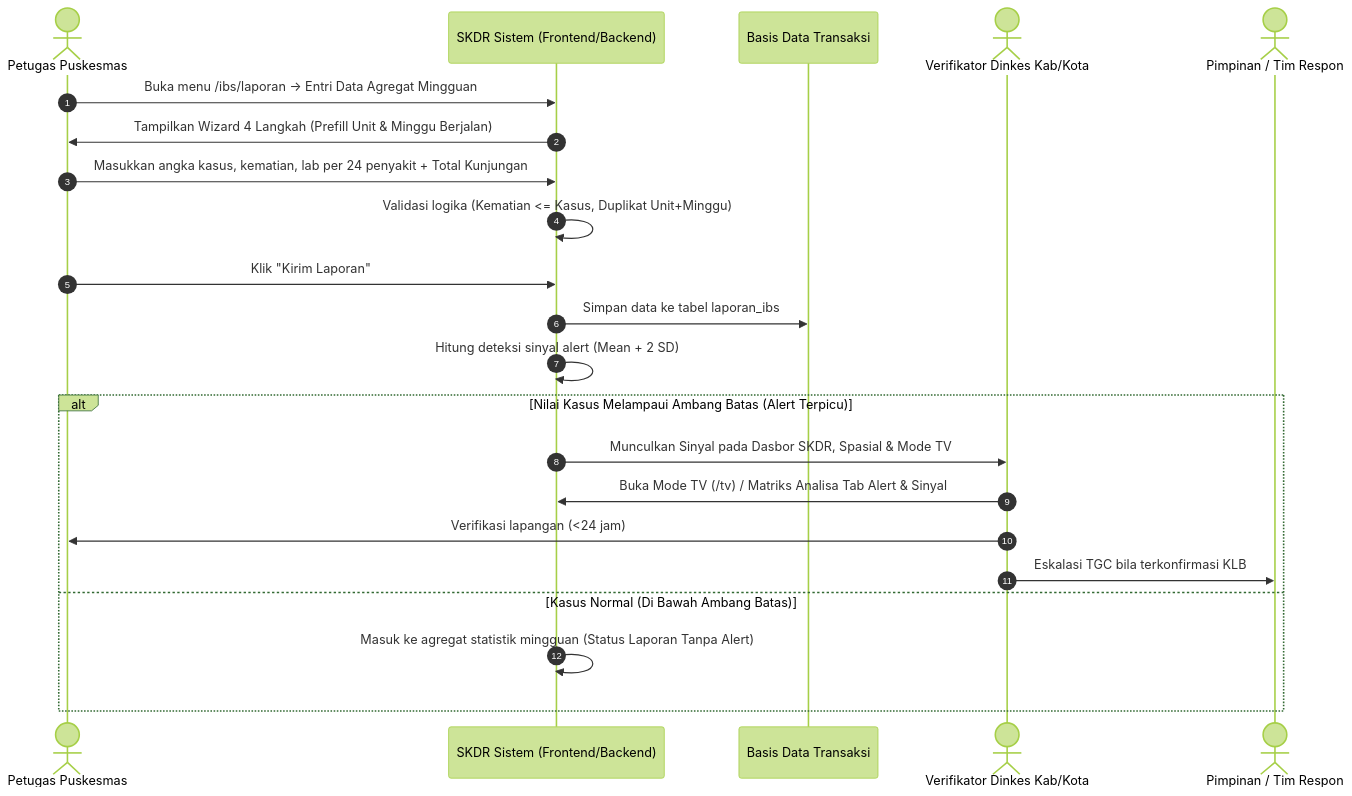
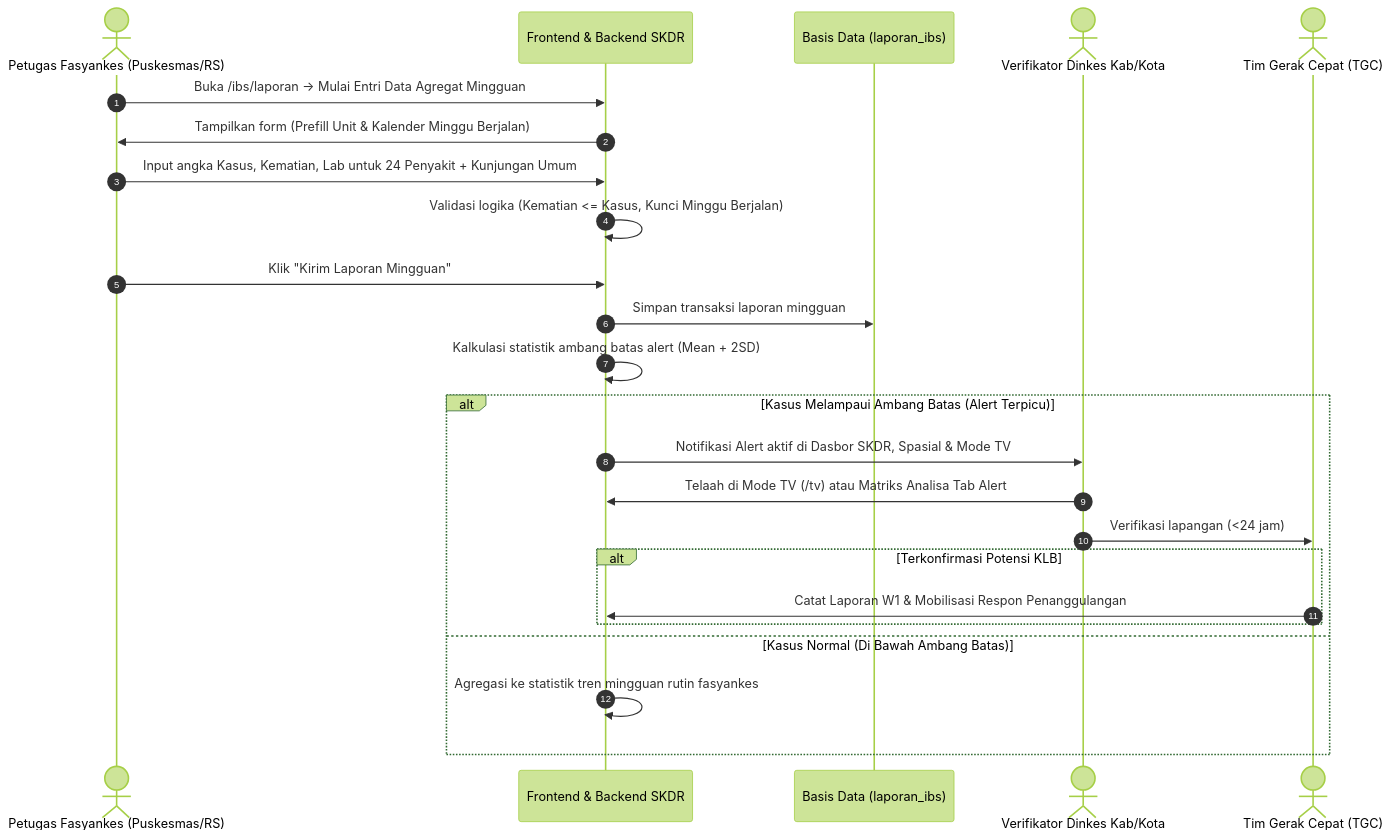
Before and after one commit to cuatiawww/skdr-indonesia: the third of 7 diagrams in docs/BRD_SRS_FITUR_FORM_DAN_DASBOR.md, drawn with Mermaid (forest theme). The commit also changed other lines of this file and 2 other files, not shown here.

Commit message:
docs: perbarui spesifikasi kebutuhan bisnis dan sistem (BRD/SRS) versi 2.0

````diff
--- a/docs/BRD_SRS_FITUR_FORM_DAN_DASBOR.md
+++ b/docs/BRD_SRS_FITUR_FORM_DAN_DASBOR.md
@@ -407,25 +320,27 @@
 ```mermaid
 sequenceDiagram
     autonumber
-    actor P as Petugas Puskesmas
-    participant S as SKDR Sistem (Frontend/Backend)
-    participant DB as Basis Data Transaksi
+    actor P as Petugas Fasyankes (Puskesmas/RS)
+    participant S as Frontend & Backend SKDR
+    participant DB as Basis Data (laporan_ibs)
     actor V as Verifikator Dinkes Kab/Kota
-    actor D as Pimpinan / Tim Respon
+    actor T as Tim Gerak Cepat (TGC)
 
-    P->>S: Buka menu /ibs/laporan -> Entri Data Agregat Mingguan
-    S->>P: Tampilkan Wizard 4 Langkah (Prefill Unit & Minggu Berjalan)
-    P->>S: Masukkan angka kasus, kematian, lab per 24 penyakit + Total Kunjungan
-    S->>S: Validasi logika (Kematian <= Kasus, Duplikat Unit+Minggu)
-    P->>S: Klik "Kirim Laporan"
-    S->>DB: Simpan data ke tabel laporan_ibs
-    S->>S: Hitung deteksi sinyal alert (Mean + 2 SD)
-    alt Nilai Kasus Melampaui Ambang Batas (Alert Terpicu)
-        S->>V: Munculkan Sinyal pada Dasbor SKDR, Spasial & Mode TV
-        V->>S: Buka Mode TV (/tv) / Matriks Analisa Tab Alert & Sinyal
-        V->>P: Verifikasi lapangan (<24 jam)
-        V->>D: Eskalasi TGC bila terkonfirmasi KLB
+    P->>S: Buka /ibs/laporan -> Mulai Entri Data Agregat Mingguan
+    S->>P: Tampilkan form (Prefill Unit & Kalender Minggu Berjalan)
+    P->>S: Input angka Kasus, Kematian, Lab untuk 24 Penyakit + Kunjungan Umum
+    S->>S: Validasi logika (Kematian <= Kasus, Kunci Minggu Berjalan)
+    P->>S: Klik "Kirim Laporan Mingguan"
+    S->>DB: Simpan transaksi laporan mingguan
+    S->>S: Kalkulasi statistik ambang batas alert (Mean + 2SD)
+    alt Kasus Melampaui Ambang Batas (Alert Terpicu)
+        S->>V: Notifikasi Alert aktif di Dasbor SKDR, Spasial & Mode TV
+        V->>S: Telaah di Mode TV (/tv) atau Matriks Analisa Tab Alert
+        V->>T: Verifikasi lapangan (<24 jam)
+        alt Terkonfirmasi Potensi KLB
+            T->>S: Catat Laporan W1 & Mobilisasi Respon Penanggulangan
+        end
     else Kasus Normal (Di Bawah Ambang Batas)
-        S->>S: Masuk ke agregat statistik mingguan (Status Laporan Tanpa Alert)
+        S->>S: Agregasi ke statistik tren mingguan rutin fasyankes
     end
 ```
````
